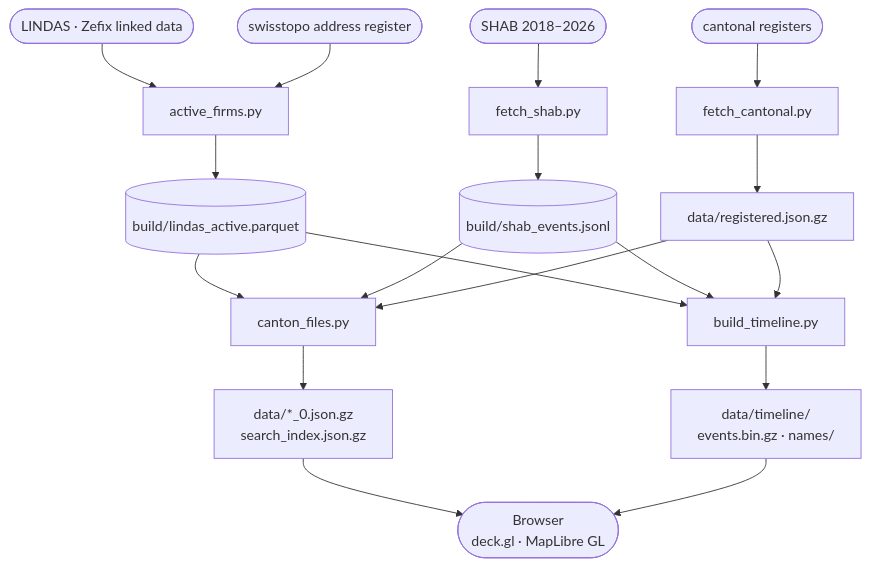
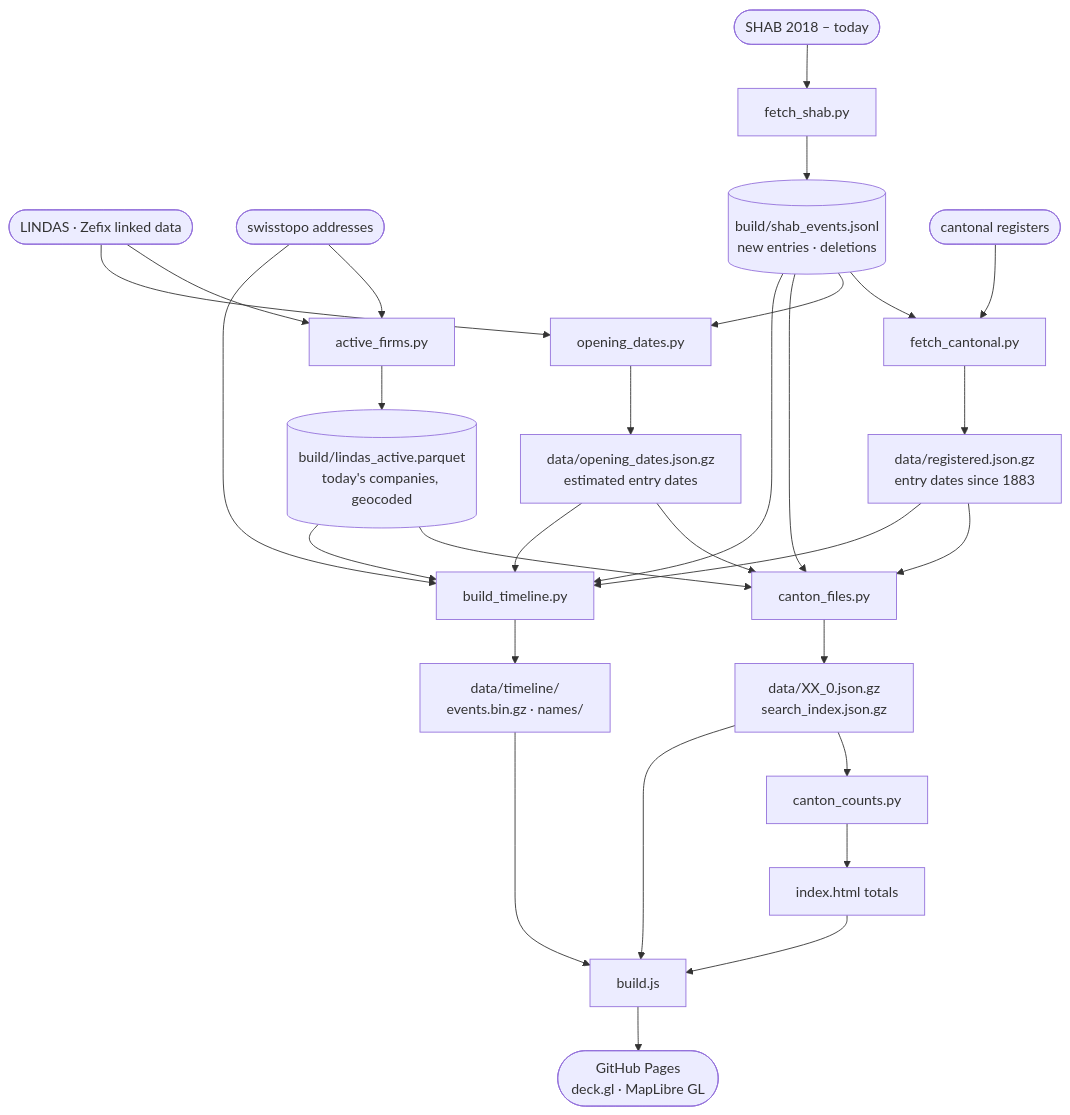
Before and after one commit to rafapolo/swissviz: the diagram in README.md, drawn with Mermaid. The commit also changed other lines of this file, not shown here.

Commit message:
docs: describe the timeline, night view, phones and the new data pipeline

````diff
--- a/README.md
+++ b/README.md
@@ -91,18 +105,36 @@
 ```mermaid
 flowchart TD
-    A([LINDAS · Zefix linked data]) --> B[active_firms.py]
-    S([swisstopo address register]) --> B
-    B --> C[(build/lindas_active.parquet)]
-    H([SHAB 2018–2026]) --> F[fetch_shab.py] --> E[(build/shab_events.jsonl)]
-    R([cantonal registers]) --> K[fetch_cantonal.py] --> RG[data/registered.json.gz]
-    C --> CF[canton_files.py]
-    E --> CF
-    RG --> CF
-    CF --> D[data/*_0.json.gz\nsearch_index.json.gz]
-    C --> T[build_timeline.py]
-    E --> T
-    RG --> T
-    T --> TL[data/timeline/\nevents.bin.gz · names/]
-    D --> J([Browser\ndeck.gl · MapLibre GL])
-    TL --> J
+    L([LINDAS · Zefix linked data]) --> AF[active_firms.py]
+    S([swisstopo addresses]) --> AF
+    AF --> ACT[(build/lindas_active.parquet<br/>today's companies, geocoded)]
+
+    H([SHAB 2018 – today]) --> FS[fetch_shab.py]
+    FS --> EV[(build/shab_events.jsonl<br/>new entries · deletions)]
+
+    EV --> FC[fetch_cantonal.py]
+    R([cantonal registers]) --> FC
+    FC --> REG[data/registered.json.gz<br/>entry dates since 1883]
+
+    L --> OD[opening_dates.py]
+    EV --> OD
+    OD --> EST[data/opening_dates.json.gz<br/>estimated entry dates]
+
+    ACT --> CF[canton_files.py]
+    EV --> CF
+    REG --> CF
+    EST --> CF
+    CF --> CANT[data/XX_0.json.gz<br/>search_index.json.gz]
+    CANT --> CC[canton_counts.py] --> HTML[index.html totals]
+
+    ACT --> BT[build_timeline.py]
+    EV --> BT
+    S --> BT
+    REG --> BT
+    EST --> BT
+    BT --> TL[data/timeline/<br/>events.bin.gz · names/]
+
+    CANT --> B[build.js]
+    TL --> B
+    HTML --> B
+    B --> GP([GitHub Pages<br/>deck.gl · MapLibre GL])
 ```
````
